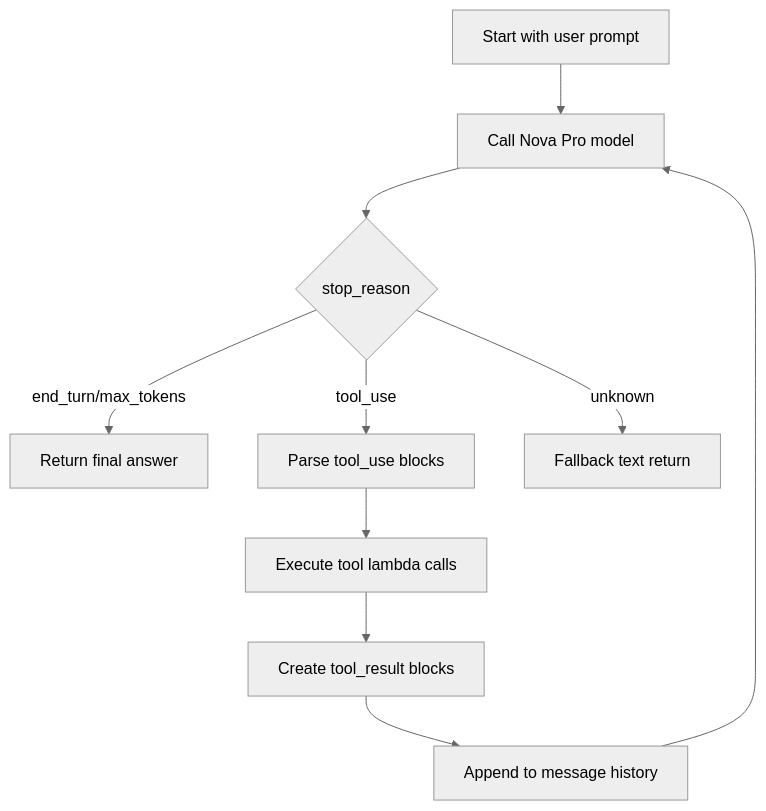
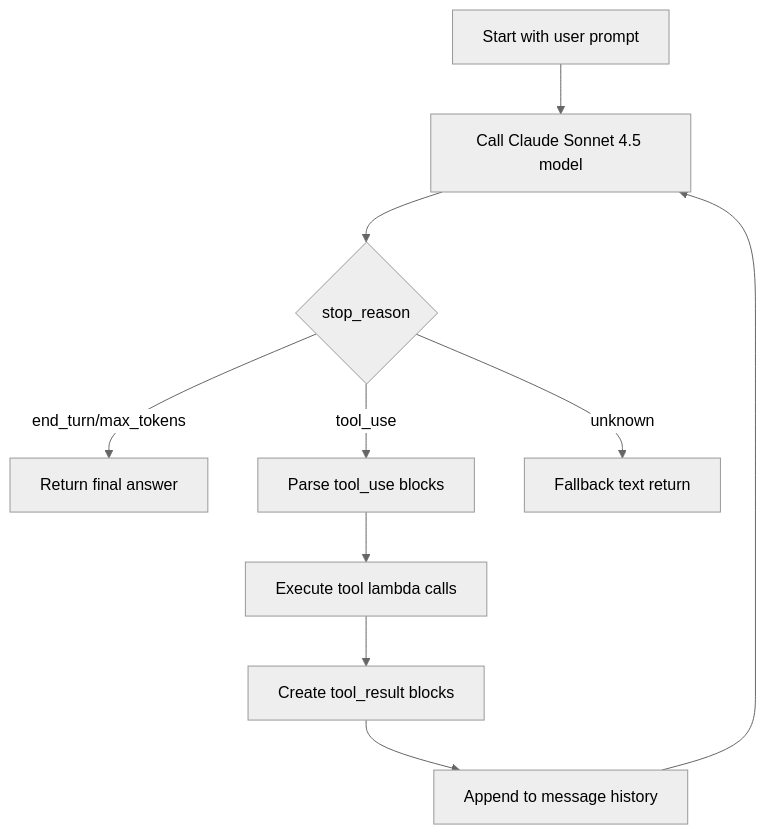
The fifth of 9 diagrams in docs/COMPLETE_SYSTEM_GUIDE.md (Manoj-777/smart-rural-ai-advisor), drawn with Mermaid (neutral theme) before and after one commit. The commit also changed other lines of this file and 32 other files, not shown here.

First line of the commit message:
feat: gTTS integration, STT multi-language support, model standardization to Claude Sonnet 4.5

````diff
--- a/docs/COMPLETE_SYSTEM_GUIDE.md
+++ b/docs/COMPLETE_SYSTEM_GUIDE.md
@@ -381,14 +382,14 @@
 ```mermaid
 flowchart TD
-  S[Start with user prompt] --> M1[Call Nova Pro model]
+  S[Start with user prompt] --> M1[Call Claude Sonnet 4.5 model]
   M1 --> R{stop_reason}
 
   R -- end_turn/max_tokens --> F[Return final answer]
   R -- tool_use --> A1[Parse tool_use blocks]
   A1 --> A2[Execute tool lambda calls]
   A2 --> A3[Create tool_result blocks]
   A3 --> A4[Append to message history]
   A4 --> M1
 
   R -- unknown --> F2[Fallback text return]
 ```
````
